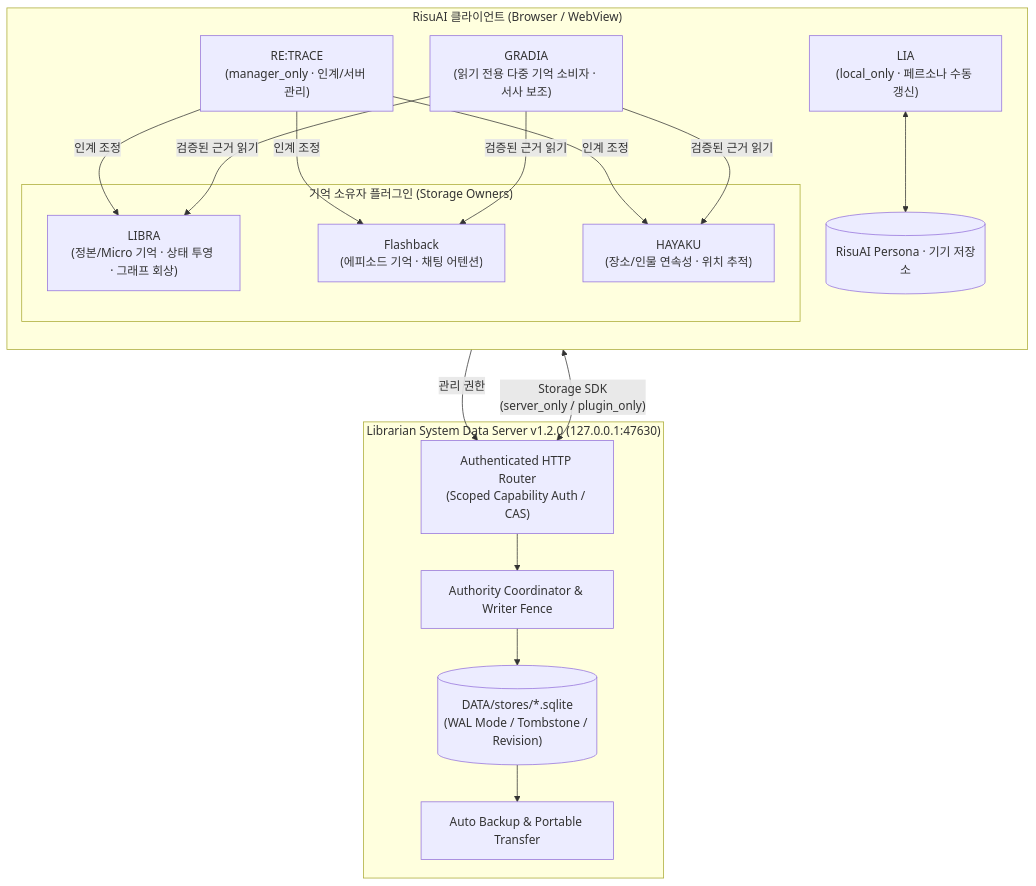
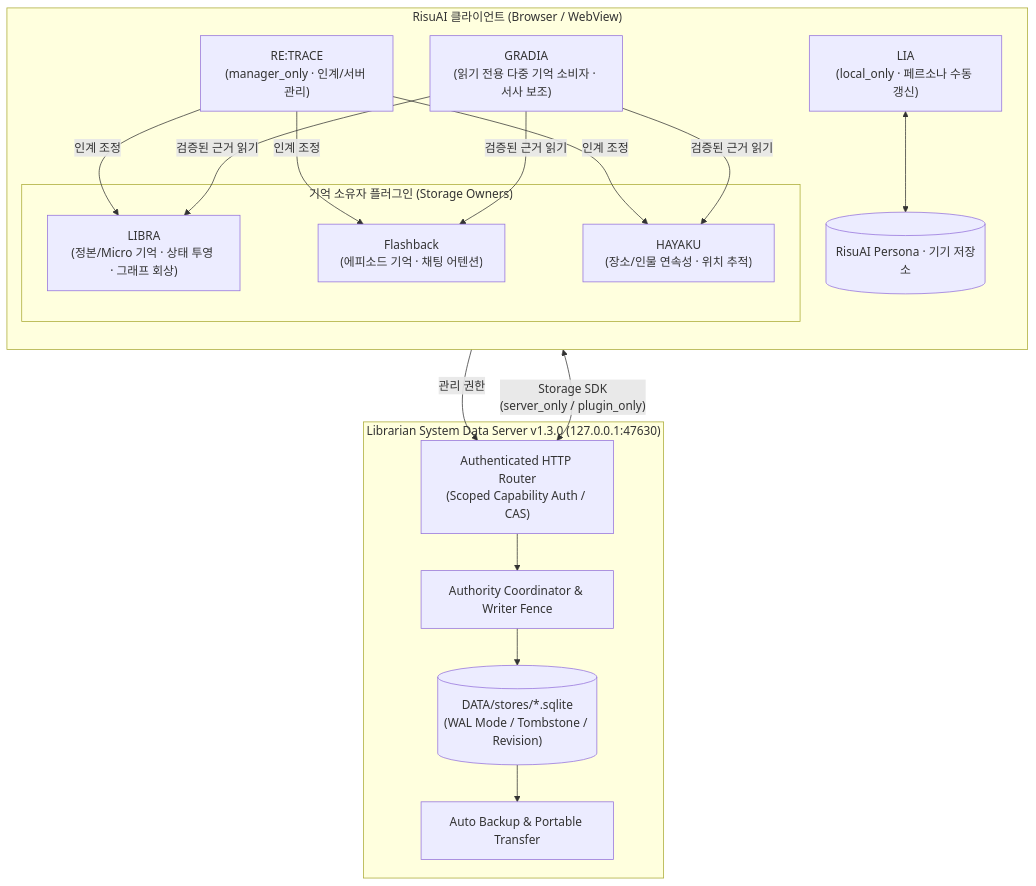
The diagram in README.md (rusinus12-droid/Librarian-System), drawn with Mermaid before and after one commit. The commit also changed other lines of this file and 13 other files, not shown here.

````diff
--- a/README.md
+++ b/README.md
@@ -40,30 +40,30 @@
 ```mermaid
 flowchart TB
     subgraph Host["RisuAI 클라이언트 (Browser / WebView)"]
         direction TB
         subgraph Owners["기억 소유자 플러그인 (Storage Owners)"]
             LIBRA["LIBRA<br/>(정본/Micro 기억 · 상태 투영 · 그래프 회상)"]
             FB["Flashback<br/>(에피소드 기억 · 채팅 어텐션)"]
             HAYAKU["HAYAKU<br/>(장소/인물 연속성 · 위치 추적)"]
         end
         LIA["LIA<br/>(local_only · 페르소나 수동 갱신)"]
         Persona[("RisuAI Persona · 기기 저장소")]
         LIA <--> Persona
         RETRACE["RE:TRACE<br/>(manager_only · 인계/서버 관리)"]
         RETRACE -->|인계 조정| LIBRA & FB & HAYAKU
         GRADIA["GRADIA<br/>(읽기 전용 다중 기억 소비자 · 서사 보조)"]
         GRADIA -->|검증된 근거 읽기| LIBRA & FB & HAYAKU
     end
 
-    subgraph Server["Librarian System Data Server v1.2.0 (127.0.0.1:47630)"]
+    subgraph Server["Librarian System Data Server v1.3.0 (127.0.0.1:47630)"]
         Router["Authenticated HTTP Router<br/>(Scoped Capability Auth / CAS)"]
         Coord["Authority Coordinator & Writer Fence"]
         SQLite[("DATA/stores/*.sqlite<br/>(WAL Mode / Tombstone / Revision)")]
         Backup["Auto Backup & Portable Transfer"]
         Router --> Coord --> SQLite
         SQLite --> Backup
     end
 
     Owners <-->|"Storage SDK<br/>(server_only / plugin_only)"| Router
     RETRACE -->|관리 권한| Router
 ```
````
